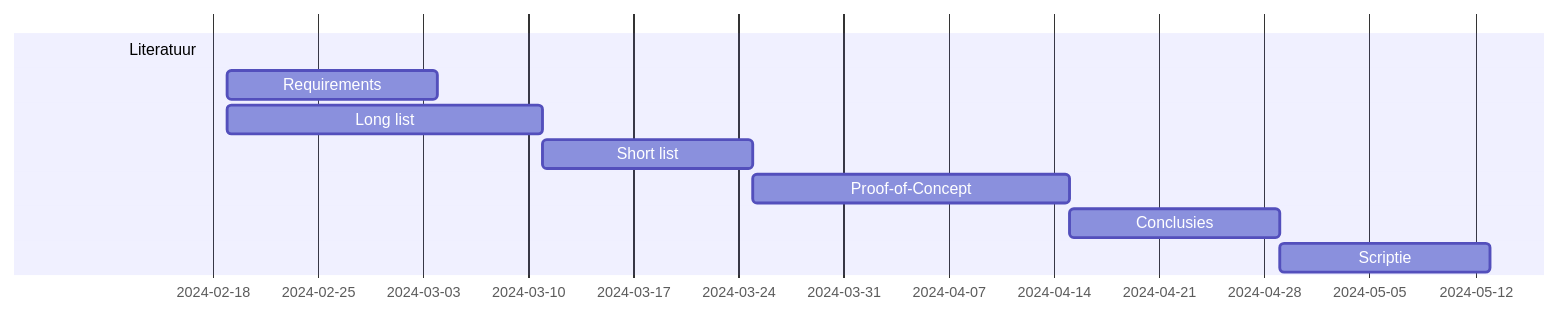
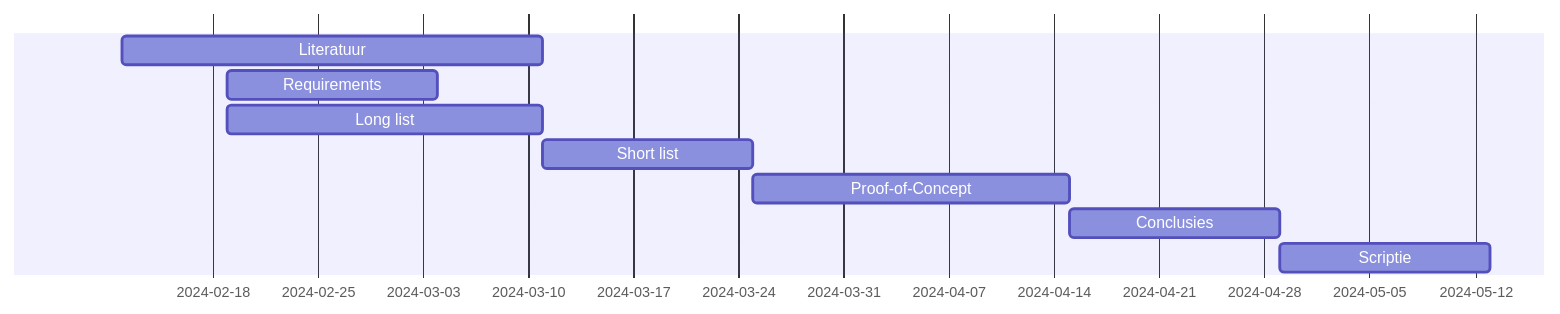
Before and after one commit to HoGentTIN/rm-paper: the second of 2 diagrams in instructies/5-methodologie.md, drawn with Mermaid.

Commit message:
Fix in Mermaid code voor Gantt-chart

````diff
--- a/instructies/5-methodologie.md
+++ b/instructies/5-methodologie.md
@@ -42,10 +42,10 @@
 ```mermaid
 gantt
-    Literatuur       : task1, 2024-02-12,2024-04-07
+    Literatuur       : task1, 2024-02-12, 28d
     Requirements     : task2, 2024-02-19, 14d
     Long list        : task3, 2024-02-19, 21d
     Short list       : task4, after task3, 14d
     Proof-of-Concept : task5, after task4, 21d
     Conclusies       : task6, after task5, 14d
     Scriptie         : task7, after task6, 14d
 ```
````
